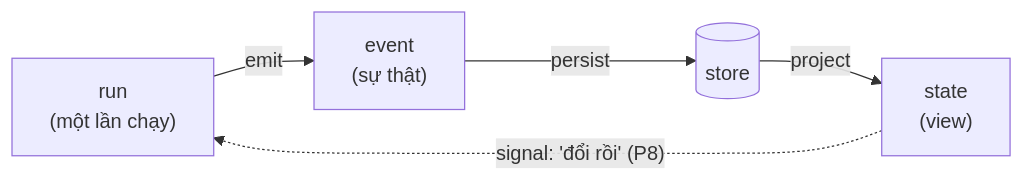
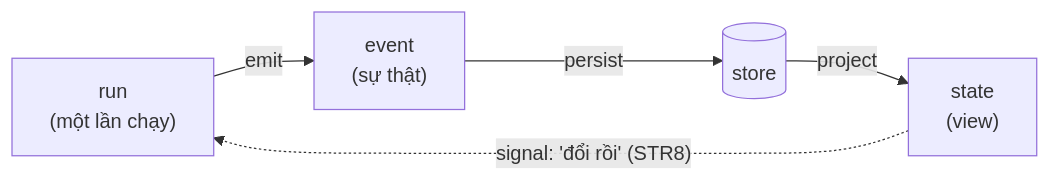
One commit to vantt/forgent changed the third of 5 diagrams in docs/architecture-map.md. Above: the diagram before and after it, drawn with Mermaid. The commit also changed other lines of this file and 9 other files, not shown here.

````diff
--- a/docs/architecture-map.md
+++ b/docs/architecture-map.md
@@ -234,7 +234,7 @@
 ```mermaid
 flowchart LR
     RUN["run<br/>(một lần chạy)"] -- "emit" --> EV["event<br/>(sự thật)"]
     EV -- "persist" --> ST[("store")]
     ST -- "project" --> STATE["state<br/>(view)"]
-    STATE -. "signal: 'đổi rồi' (P8)" .-> RUN
+    STATE -. "signal: 'đổi rồi' (STR8)" .-> RUN
 ```
````
